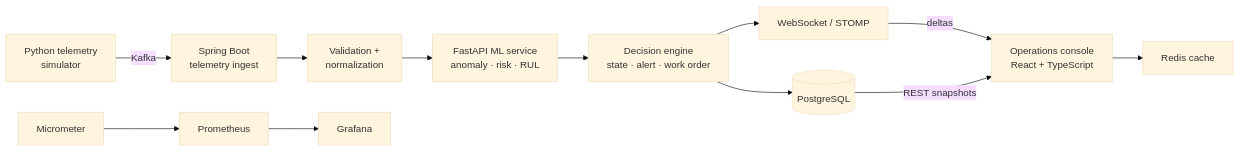
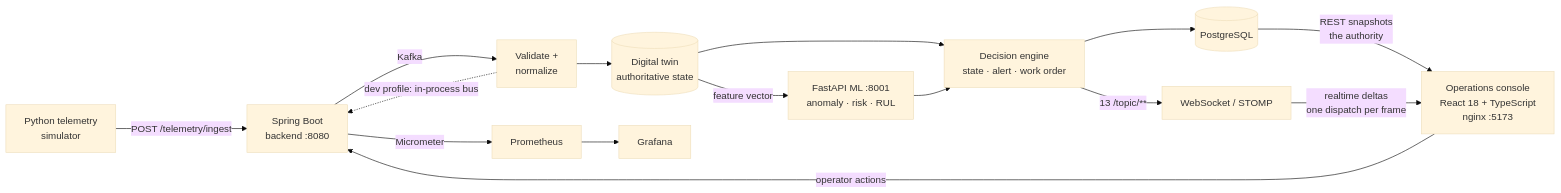
The diagram in README.md (karkalashivareddy/forgesense-industrial-intelligence), drawn with Mermaid (base theme) before and after one commit. The commit also changed other lines of this file and 29 other files, not shown here.

````diff
--- a/README.md
+++ b/README.md
@@ -61,13 +61,16 @@
 ```mermaid
 flowchart LR
-    S[Python telemetry<br/>simulator] -->|Kafka| I[Spring Boot<br/>telemetry ingest]
-    I --> V[Validation +<br/>normalization]
-    V --> M[FastAPI ML service<br/>anomaly · risk · RUL]
-    M --> D[Decision engine<br/>state · alert · work order]
-    D --> DB[(PostgreSQL)]
-    D --> WS[WebSocket / STOMP]
-    WS -->|deltas| C[Operations console<br/>React + TypeScript]
-    DB -->|REST snapshots| C
-    C --> R[Redis cache]
-    O[Micrometer] --> P[Prometheus] --> G[Grafana]
+    S[Python telemetry<br/>simulator] -->|POST /telemetry/ingest| B[Spring Boot<br/>backend :8080]
+    B -->|Kafka| N[Validate +<br/>normalize]
+    N --> T[(Digital twin<br/>authoritative state)]
+    N -.dev profile: in-process bus.-> B
+    T -->|feature vector| M[FastAPI ML :8001<br/>anomaly · risk · RUL]
+    T --> D[Decision engine<br/>state · alert · work order]
+    M --> D
+    D --> P[(PostgreSQL)]
+    D -->|13 /topic/**| W[WebSocket / STOMP]
+    P -->|REST snapshots<br/>the authority| C
+    W -->|realtime deltas<br/>one dispatch per frame| C[Operations console<br/>React 18 + TypeScript<br/>nginx :5173]
+    C -->|operator actions| B
+    B -->|Micrometer| PR[Prometheus] --> G[Grafana]
 ```
````
